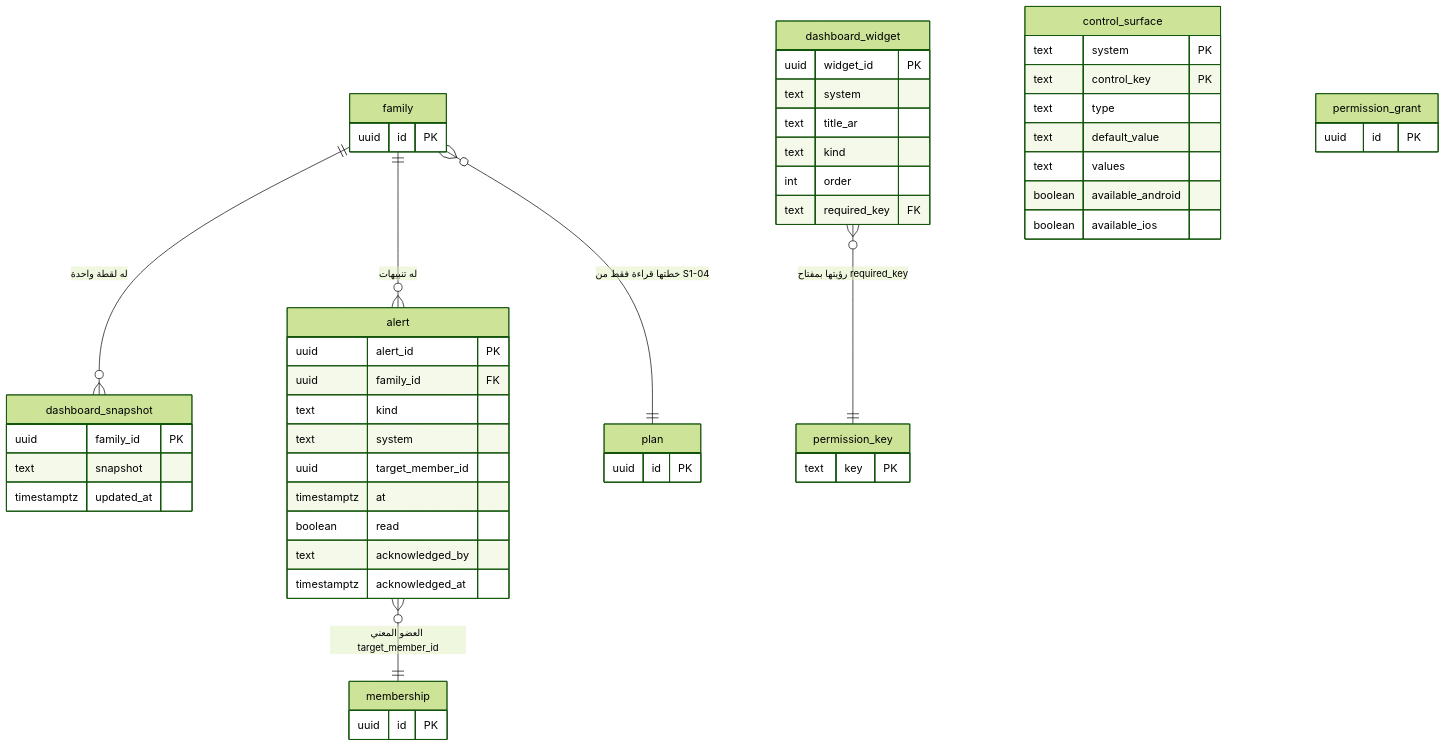
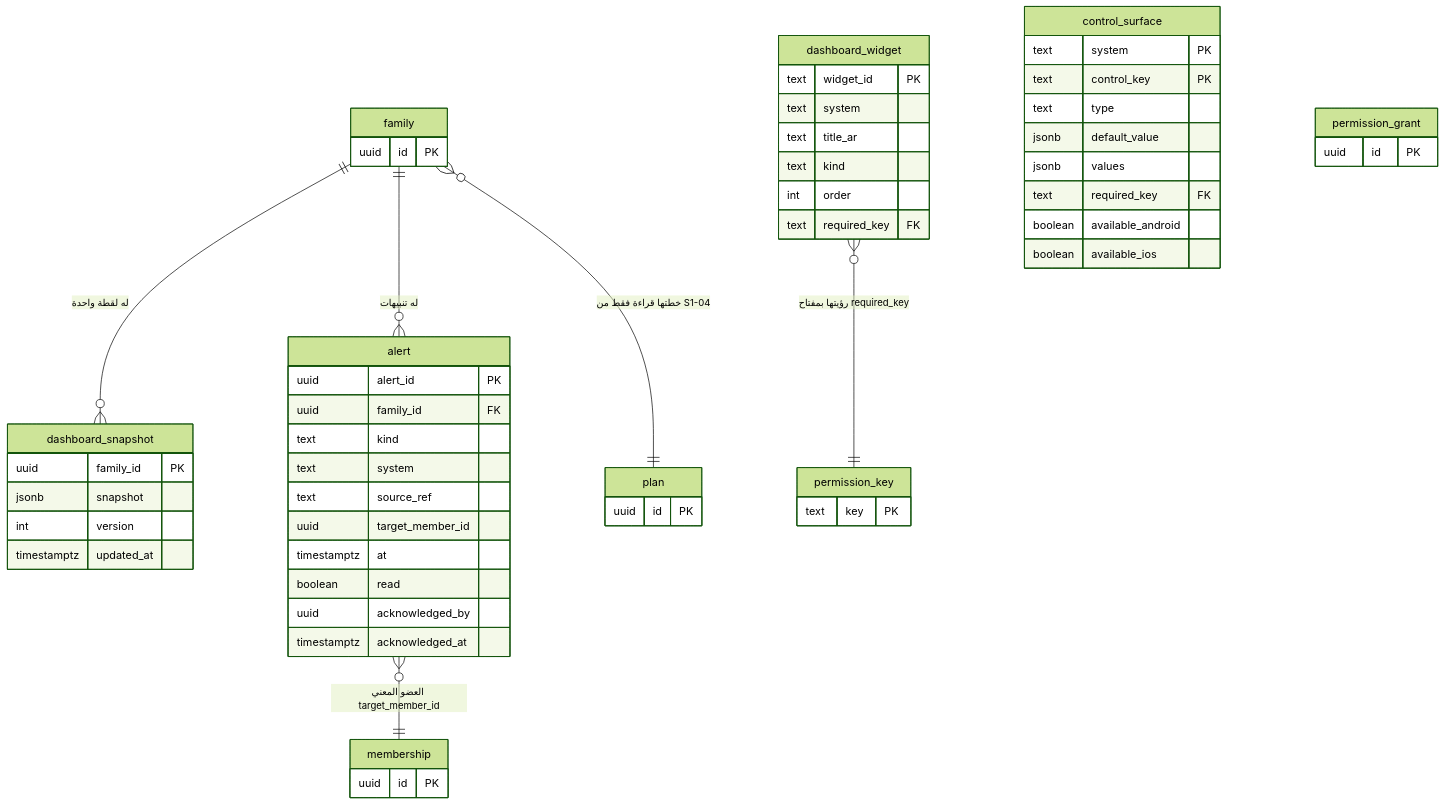
One commit to Bassam-mohammed-alqaeadi/family-os-v2 changed the second of 12 diagrams in docs/family-os/governance/phases/phase-1/S1-09-command-center-and-settings/DIAGRAMS.md. Above: the diagram before and after it, drawn with Mermaid (forest theme). The commit also changed other lines of this file and 3 other files, not shown here.

````diff
--- a/docs/family-os/governance/phases/phase-1/S1-09-command-center-and-settings/DIAGRAMS.md
+++ b/docs/family-os/governance/phases/phase-1/S1-09-command-center-and-settings/DIAGRAMS.md
@@ -106,57 +106,60 @@
 ```mermaid
 erDiagram
     family ||--o{ dashboard_snapshot : "له لقطة واحدة"
     family ||--o{ alert : "له تنبيهات"
     dashboard_widget }o--|| permission_key : "رؤيتها بمفتاح required_key"
     alert }o--|| membership : "العضو المعني target_member_id"
     family }o--|| plan : "خطتها قراءة فقط من S1-04"
 
     dashboard_widget {
-        uuid widget_id PK
+        text widget_id PK
         text system
         text title_ar
         text kind
         int order
         text required_key FK
     }
     control_surface {
         text system PK
         text control_key PK
         text type
-        text default_value
-        text values
+        jsonb default_value
+        jsonb values
+        text required_key FK
         boolean available_android
         boolean available_ios
     }
     dashboard_snapshot {
         uuid family_id PK
-        text snapshot
+        jsonb snapshot
+        int version
         timestamptz updated_at
     }
     alert {
         uuid alert_id PK
         uuid family_id FK
         text kind
         text system
+        text source_ref
         uuid target_member_id
         timestamptz at
         boolean read
-        text acknowledged_by
+        uuid acknowledged_by
         timestamptz acknowledged_at
     }
     family {
         uuid id PK
     }
     permission_key {
         text key PK
     }
     permission_grant {
         uuid id PK
     }
     membership {
         uuid id PK
     }
     plan {
         uuid id PK
     }
 ```
````
